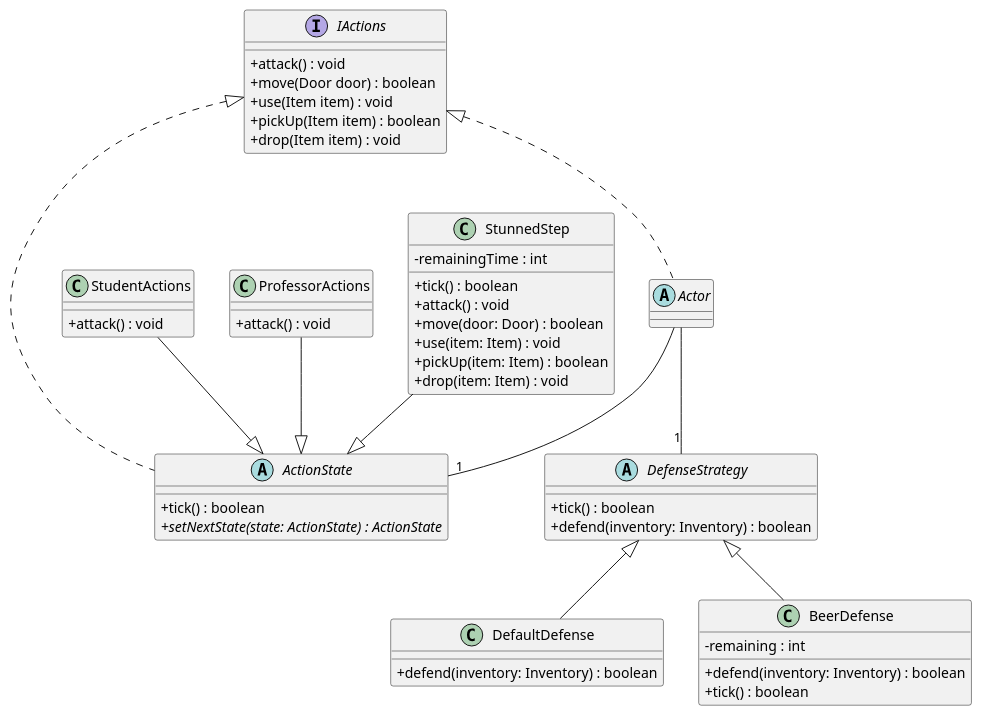
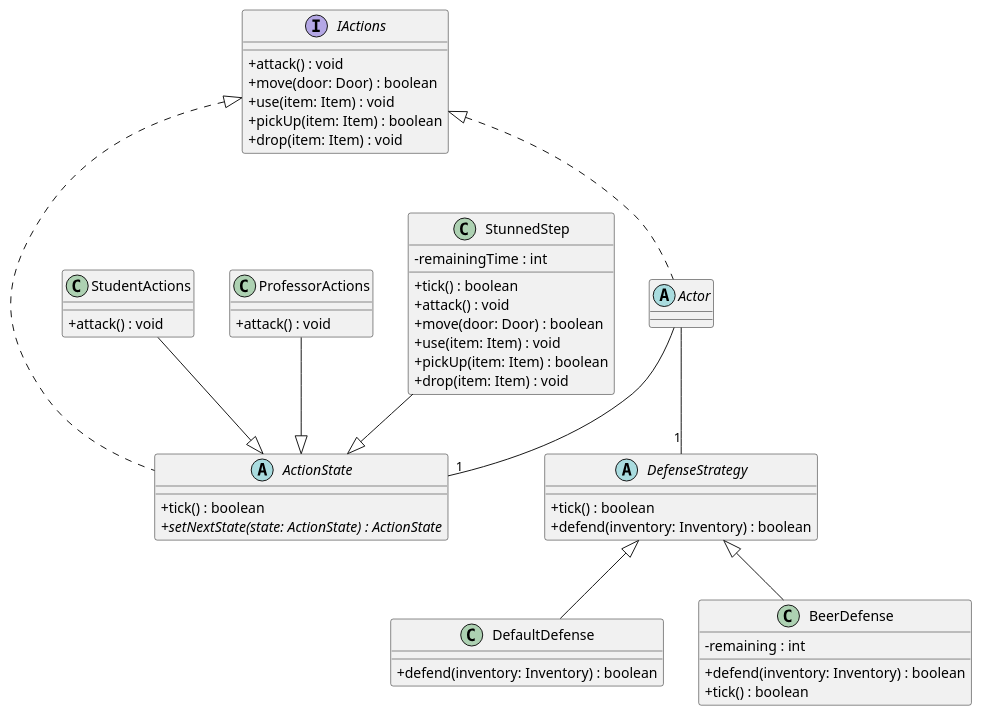
Before and after one commit to Kristof-me/Logarlec: the diagram in docs/class/Strategy&State.puml, drawn with PlantUML. The commit also changed 2 other files, not shown here.

```diff
--- a/docs/class/Strategy&State.puml
+++ b/docs/class/Strategy&State.puml
@@ -1,77 +1,77 @@
 @startuml classDiagram
 skinparam classAttributeIconSize 0
 
 
 'Character ----------------------------------------
 
 abstract class Actor {
 }
 
 Actor -- "1" ActionState
 Actor -- "1" DefenseStrategy
 
 interface IActions {
     + attack() : void
-    + move(Door door) : boolean
-    + use(Item item) : void
-    + pickUp(Item item) : boolean
-    + drop(Item item) : void
+    + move(door: Door) : boolean
+    + use(item: Item) : void
+    + pickUp(item: Item) : boolean
+    + drop(item: Item) : void
 }
 
 IActions <|.. Actor
 IActions <|.. ActionState
 
 abstract class ActionState {
     + tick() : boolean
     + {abstract} setNextState(state: ActionState) : ActionState
 }
 
 class StudentActions {
     + attack() : void
 }
 
 StudentActions --|> ActionState
 
 class ProfessorActions {
     + attack() : void
 }
 
 ProfessorActions --|> ActionState
 
 class StunnedStep {
     - remainingTime : int
 
     + tick() : boolean
     + attack() : void
     + move(door: Door) : boolean
     + use(item: Item) : void
     + pickUp(item: Item) : boolean
     + drop(item: Item) : void
 }
 
 StunnedStep --|> ActionState
 
 'Strategy -----------------------------------
 abstract class DefenseStrategy {
     + tick() : boolean
     + defend(inventory: Inventory) : boolean
 }
 
 class DefaultDefense {
     + defend(inventory: Inventory) : boolean
 }
 
 class BeerDefense {
     - remaining : int
     + defend(inventory: Inventory) : boolean
     + tick() : boolean
 }
 
 ' false-t ad vissza, ha már lejár
 
 DefenseStrategy <|-- DefaultDefense
 DefenseStrategy <|-- BeerDefense
 
 
 
 @enduml
```
